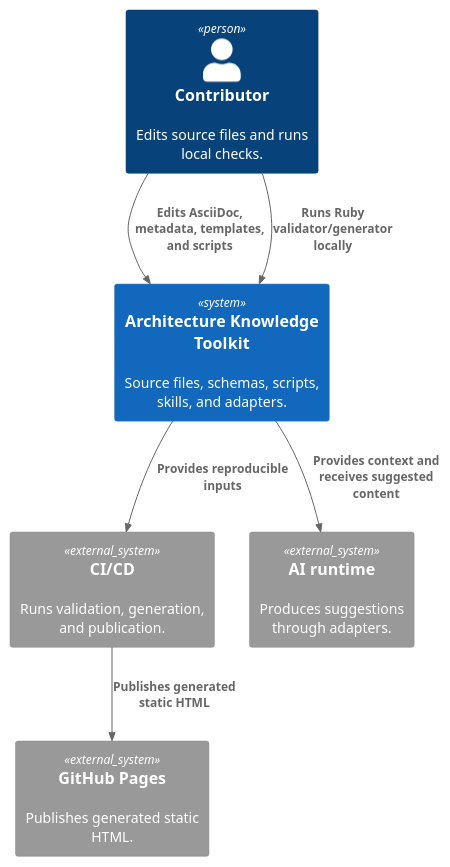
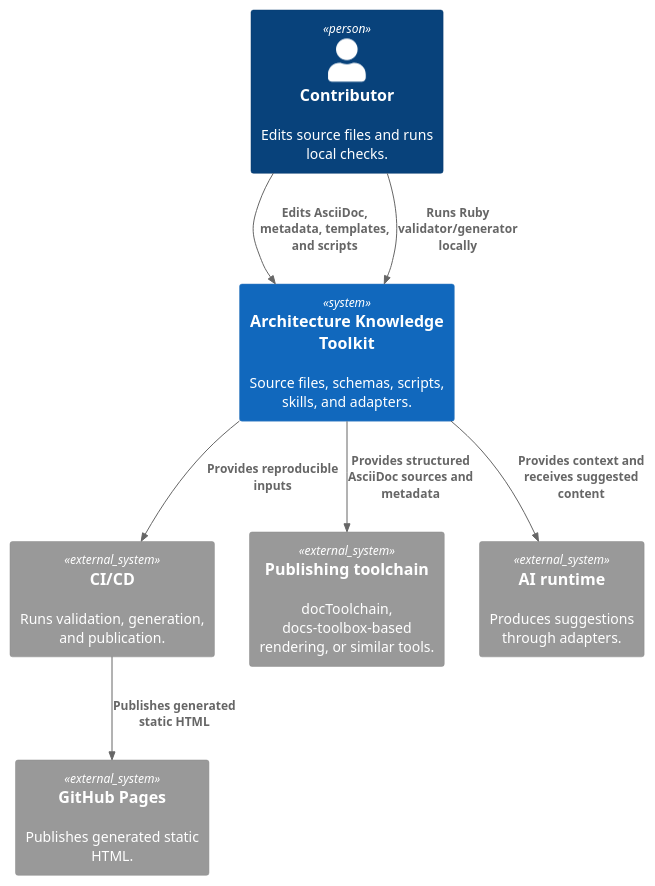
Before and after one commit to docs-as-code-toolkit/architecture-knowledge-toolkit: the diagram in src/docs/arc42/03-system-scope-and-context/doc-03002-technical-context.adoc, drawn with PlantUML. The commit also changed other lines of this file and 10 other files, not shown here.

```diff
--- a/src/docs/arc42/03-system-scope-and-context/doc-03002-technical-context.adoc
+++ b/src/docs/arc42/03-system-scope-and-context/doc-03002-technical-context.adoc
@@ -53,18 +54,20 @@
 [plantuml,arc42-context-technical,svg]
 ----
 @startuml
 !include <C4/C4_Context>
 
 Person(contributor, "Contributor", "Edits source files and runs local checks.")
 System(toolkit, "Architecture Knowledge Toolkit", "Source files, schemas, scripts, skills, and adapters.")
 System_Ext(ci, "CI/CD", "Runs validation, generation, and publication.")
 System_Ext(pages, "GitHub Pages", "Publishes generated static HTML.")
+System_Ext(publishingToolchain, "Publishing toolchain", "docToolchain, docs-toolbox-based rendering, or similar tools.")
 System_Ext(ai, "AI runtime", "Produces suggestions through adapters.")
 
 Rel(contributor, toolkit, "Edits AsciiDoc, metadata, templates, and scripts")
 Rel(contributor, toolkit, "Runs Ruby validator/generator locally")
 Rel(toolkit, ci, "Provides reproducible inputs")
 Rel(ci, pages, "Publishes generated static HTML")
+Rel(toolkit, publishingToolchain, "Provides structured AsciiDoc sources and metadata")
 Rel(toolkit, ai, "Provides context and receives suggested content")
 @enduml
 ----
```
